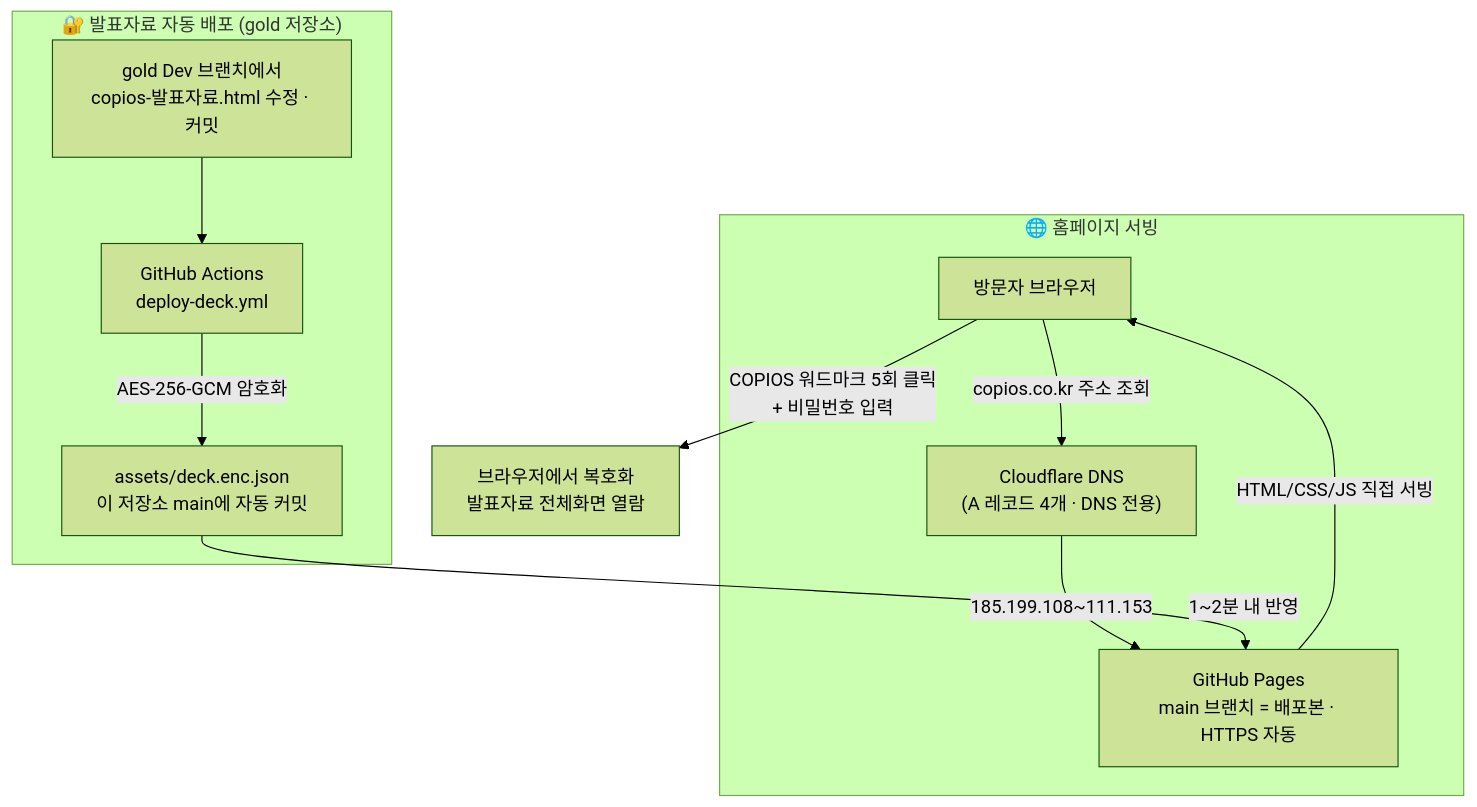
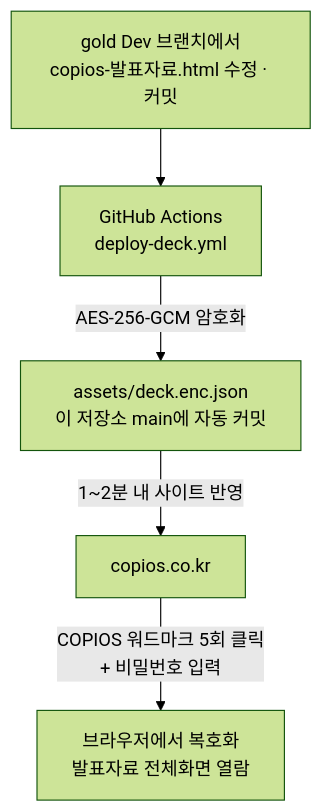
One commit to warren0819/COPIOS-homepage changed the second of 2 diagrams in README.md. Above: the diagram before and after it, drawn with Mermaid (forest theme). The commit also changed other lines of this file, not shown here.

Commit message:
README: split architecture diagram vertically to avoid mermaid control overlay

````diff
--- a/README.md
+++ b/README.md
@@ -21,16 +32,7 @@
 ```mermaid
 flowchart TB
-    subgraph SERVE["🌐 홈페이지 서빙"]
-        U["방문자 브라우저"] -->|"copios.co.kr 주소 조회"| CF["Cloudflare DNS<br/>(A 레코드 4개 · DNS 전용)"]
-        CF -->|"185.199.108~111.153"| GP["GitHub Pages<br/>main 브랜치 = 배포본 · HTTPS 자동"]
-        GP -->|"HTML/CSS/JS 직접 서빙"| U
-    end
-
-    subgraph DECK["🔐 발표자료 자동 배포 (gold 저장소)"]
-        G["gold Dev 브랜치에서<br/>copios-발표자료.html 수정 · 커밋"] --> WF["GitHub Actions<br/>deploy-deck.yml"]
-        WF -->|"AES-256-GCM 암호화"| ENC["assets/deck.enc.json<br/>이 저장소 main에 자동 커밋"]
-    end
-
-    ENC -->|"1~2분 내 반영"| GP
-    U -->|"COPIOS 워드마크 5회 클릭<br/>+ 비밀번호 입력"| DEC["브라우저에서 복호화<br/>발표자료 전체화면 열람"]
+    G["gold Dev 브랜치에서<br/>copios-발표자료.html 수정 · 커밋"] --> WF["GitHub Actions<br/>deploy-deck.yml"]
+    WF -->|"AES-256-GCM 암호화"| ENC["assets/deck.enc.json<br/>이 저장소 main에 자동 커밋"]
+    ENC -->|"1~2분 내 사이트 반영"| SITE["copios.co.kr"]
+    SITE -->|"COPIOS 워드마크 5회 클릭<br/>+ 비밀번호 입력"| DEC["브라우저에서 복호화<br/>발표자료 전체화면 열람"]
 ```
````
